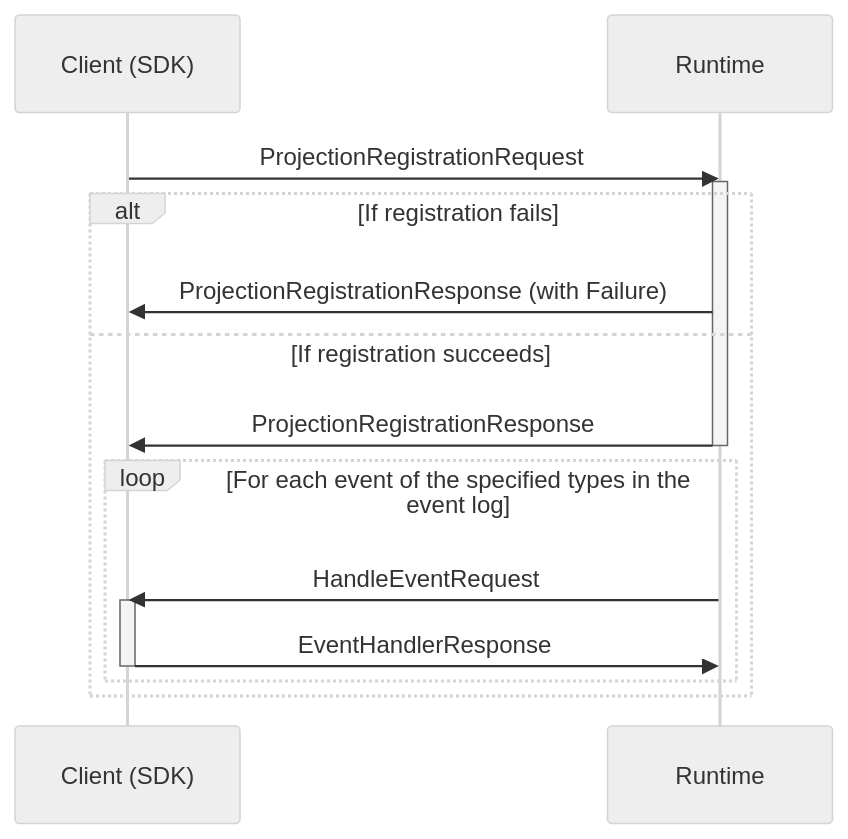
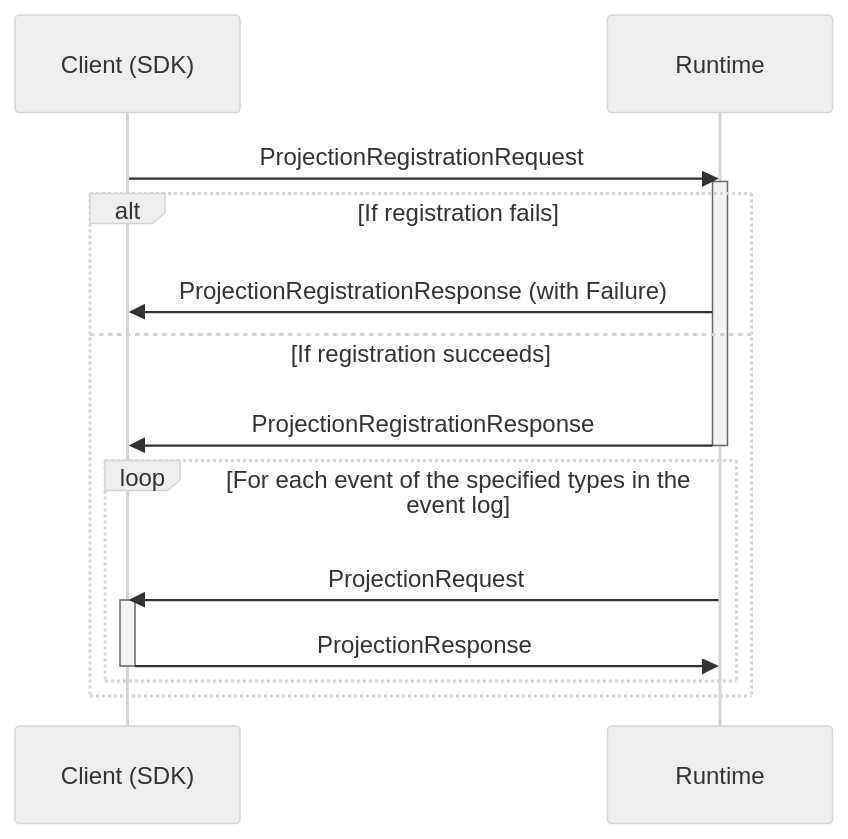
One commit to dolittle/Runtime changed the first of 5 diagrams in Documentation/References/Services/Private/projections.md. Above: the diagram before and after it, drawn with Mermaid (neutral theme). The commit also changed other lines of this file, not shown here.

Commit message:
Work on projection message types

````diff
--- a/Documentation/References/Services/Private/projections.md
+++ b/Documentation/References/Services/Private/projections.md
@@ -11,19 +11,19 @@
 ```mermaid
 sequenceDiagram
     participant C as Client (SDK)
     participant R as Runtime
     C->>R: ProjectionRegistrationRequest
     activate R
     alt If registration fails
         R->>C: ProjectionRegistrationResponse (with Failure)
     else If registration succeeds
         R->>C: ProjectionRegistrationResponse
         deactivate R
         loop For each event of the specified types in the event log
-            R->>C: HandleEventRequest
+            R->>C: ProjectionRequest
             activate C
-            C->>R: EventHandlerResponse
+            C->>R: ProjectionResponse
             deactivate C
         end
     end
 ```
````
